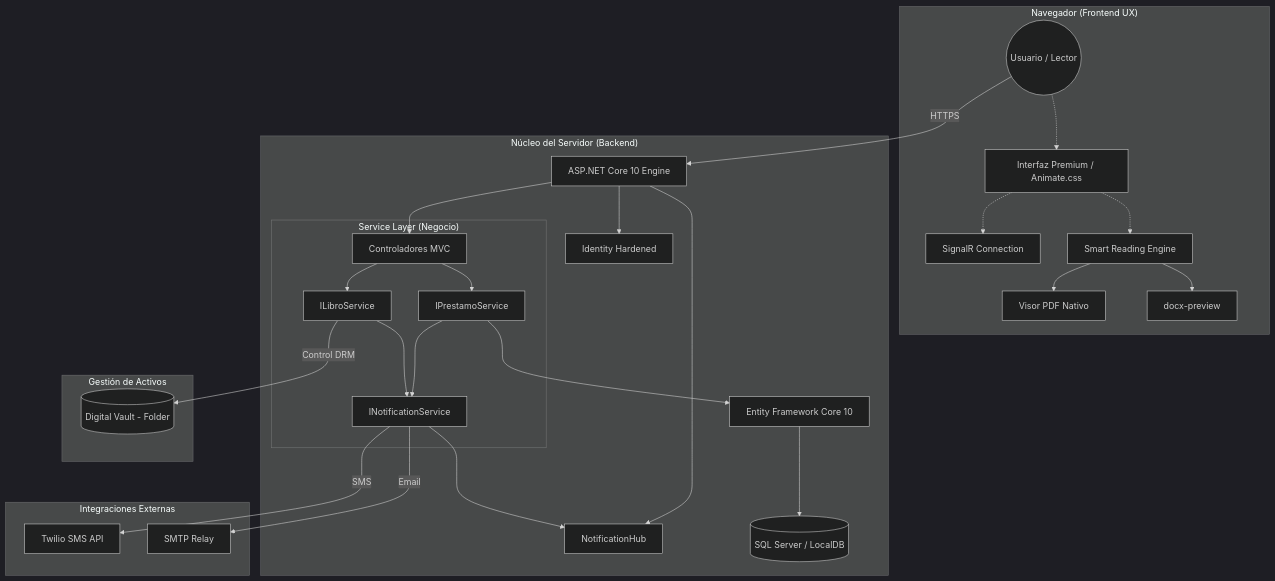
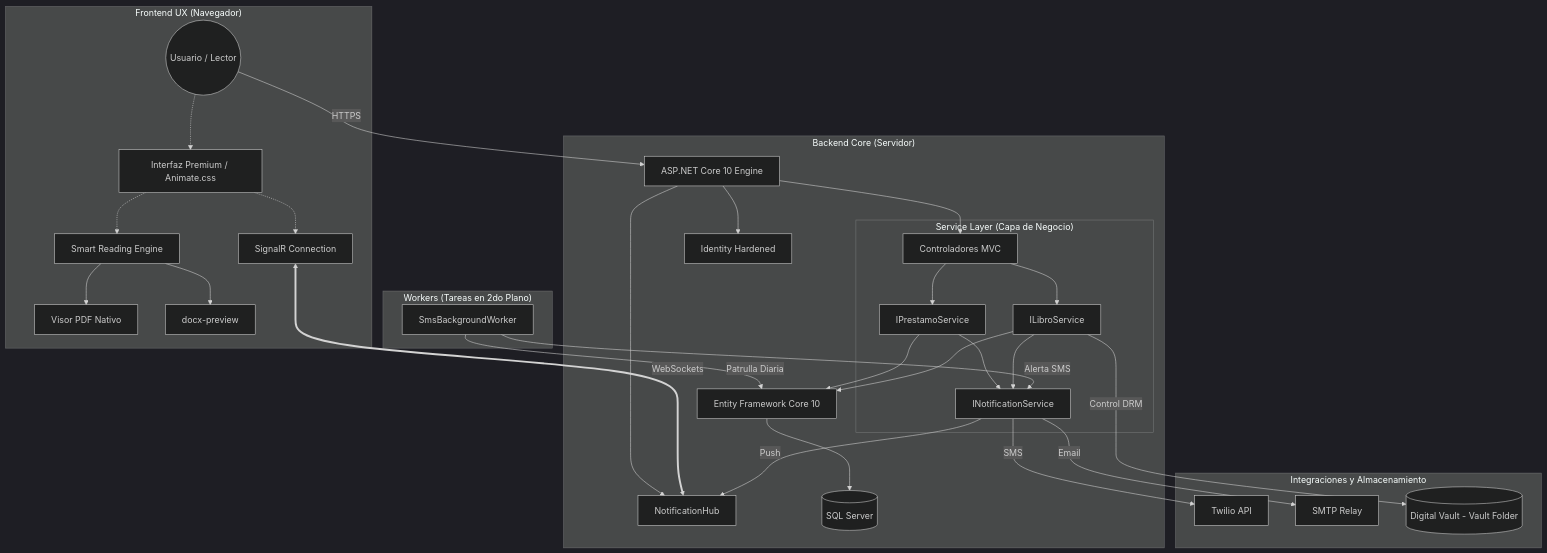
The diagram in README.md (dagomezpulid/BibliotecaMVC), drawn with Mermaid (dark theme) before and after one commit. The commit also changed 1 other file, not shown here.

````diff
--- a/README.md
+++ b/README.md
@@ -41,38 +41,43 @@
 ```mermaid
 graph TD
     User((Usuario / Lector)) -->|HTTPS| WebServer[ASP.NET Core 10 Engine]
     
-    subgraph "Navegador (Frontend UX)"
+    subgraph "Frontend UX (Navegador)"
         User -.-> UX[Interfaz Premium / Animate.css]
         UX -.-> SignalRClient[SignalR Connection]
         UX -.-> Reader[Smart Reading Engine]
         Reader --> PDF[Visor PDF Nativo]
         Reader --> Word[docx-preview]
     end
 
-    subgraph "Núcleo del Servidor (Backend)"
+    subgraph "Backend Core (Servidor)"
         WebServer --> Auth[Identity Hardened]
         WebServer --> SignalRHub[NotificationHub]
         WebServer --> Controllers[Controladores MVC]
         
-        subgraph "Service Layer (Negocio)"
+        subgraph "Service Layer (Capa de Negocio)"
             Controllers --> IPS[IPrestamoService]
             Controllers --> ILS[ILibroService]
             IPS --> INS[INotificationService]
             ILS --> INS
         end
         
-        INS --> SignalRHub
+        SignalRClient <==>|WebSockets| SignalRHub
+        INS -->|Push| SignalRHub
+        
         IPS --> EF[Entity Framework Core 10]
-        EF --> DB[(SQL Server / LocalDB)]
+        ILS --> EF
+        EF --> DB[(SQL Server)]
     end
 
-    subgraph "Integraciones Externas"
-        INS -->|SMS| Twilio[Twilio SMS API]
-        INS -->|Email| SMTP[SMTP Relay]
+    subgraph "Workers (Tareas en 2do Plano)"
+        Worker[SmsBackgroundWorker] -->|Patrulla Diaria| EF
+        Worker -->|Alerta SMS| INS
     end
 
-    subgraph "Gestión de Activos"
-        ILS -->|Control DRM| Vault[(Digital Vault - Folder)]
+    subgraph "Integraciones y Almacenamiento"
+        INS -->|SMS| Twilio[Twilio API]
+        INS -->|Email| SMTP[SMTP Relay]
+        ILS -->|Control DRM| Vault[(Digital Vault - Vault Folder)]
     end
 ```
````
